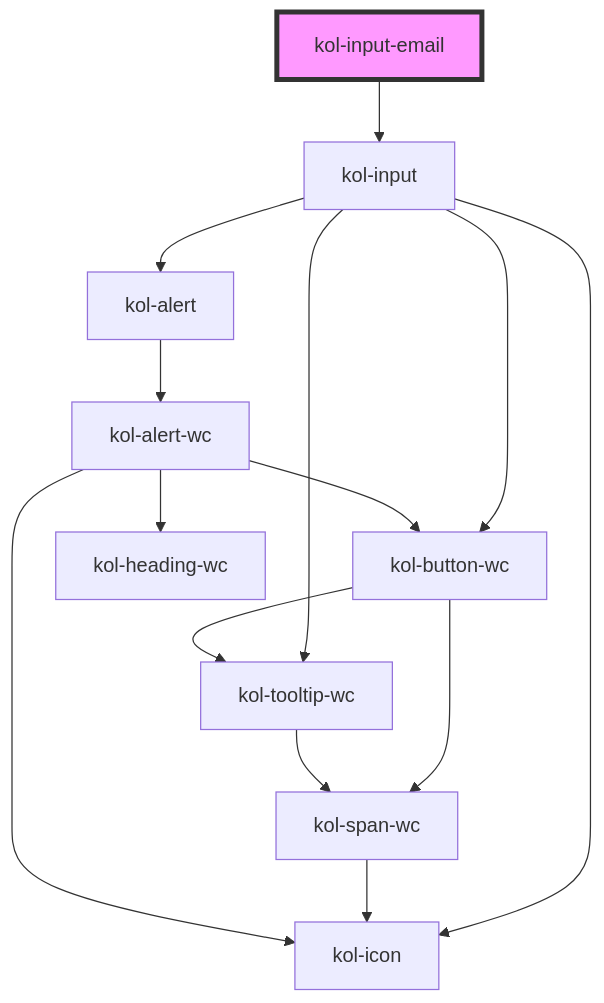
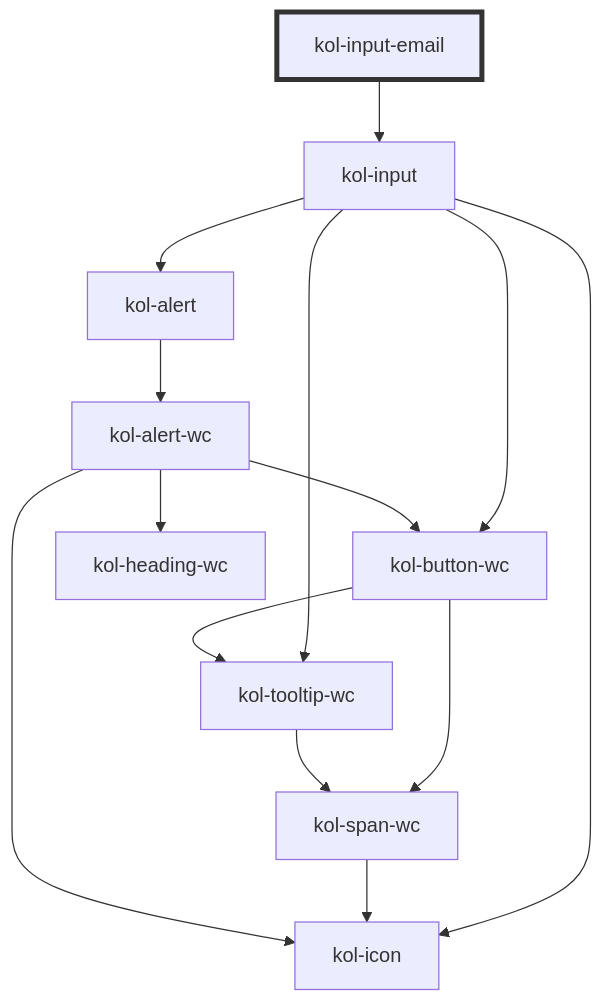
The diagram in packages/components/src/components/input-email/readme.md (public-ui/kolibri), drawn with Mermaid before and after one commit. The commit also changed 40 other files, not shown here.

````diff
--- a/packages/components/src/components/input-email/readme.md
+++ b/packages/components/src/components/input-email/readme.md
@@ -98,17 +98,17 @@
 ```mermaid
 graph TD;
   kol-input-email --> kol-input
   kol-input --> kol-icon
   kol-input --> kol-button-wc
   kol-input --> kol-tooltip-wc
   kol-input --> kol-alert
   kol-button-wc --> kol-span-wc
   kol-button-wc --> kol-tooltip-wc
   kol-span-wc --> kol-icon
   kol-tooltip-wc --> kol-span-wc
   kol-alert --> kol-alert-wc
   kol-alert-wc --> kol-heading-wc
   kol-alert-wc --> kol-button-wc
   kol-alert-wc --> kol-icon
-  style kol-input-email fill:#f9f,stroke:#333,stroke-width:4px
+  style kol-input-email stroke:#333,stroke-width:4px
 ```
````
